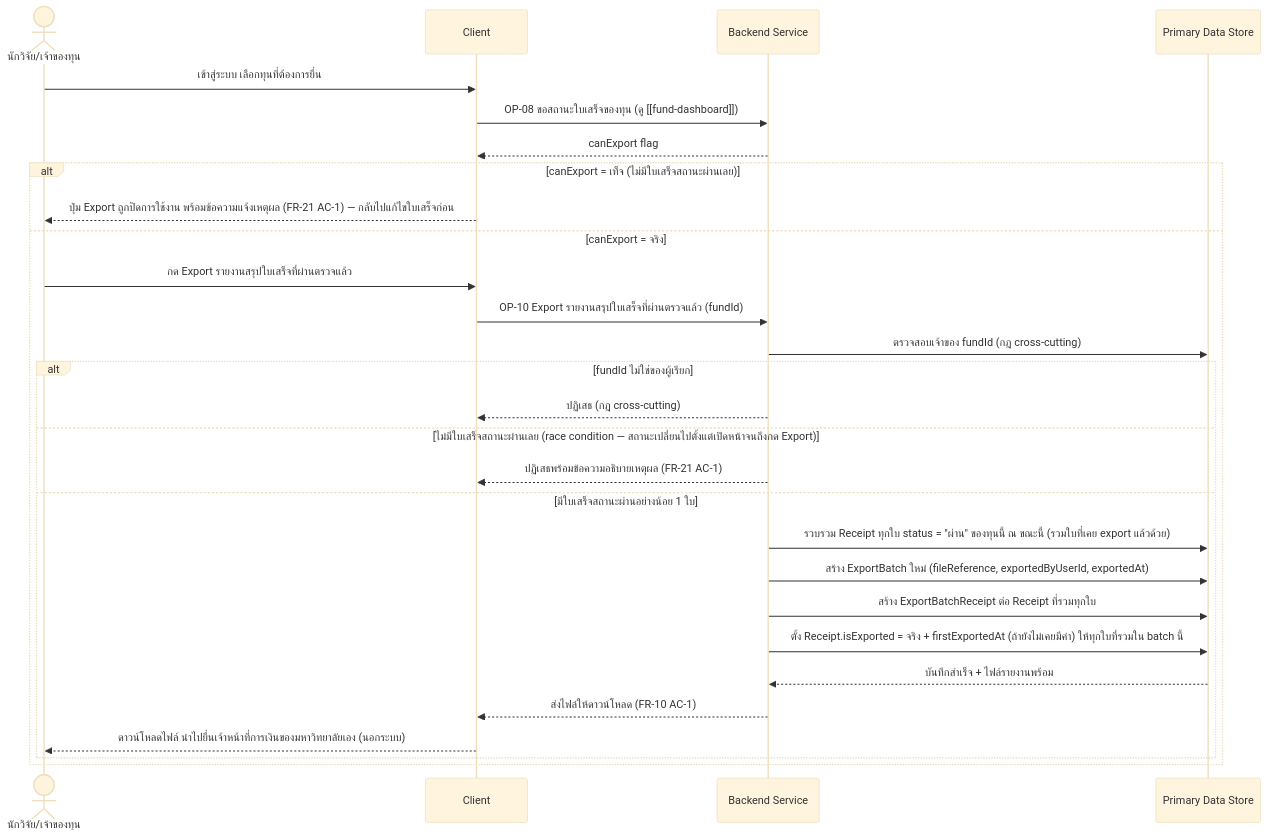
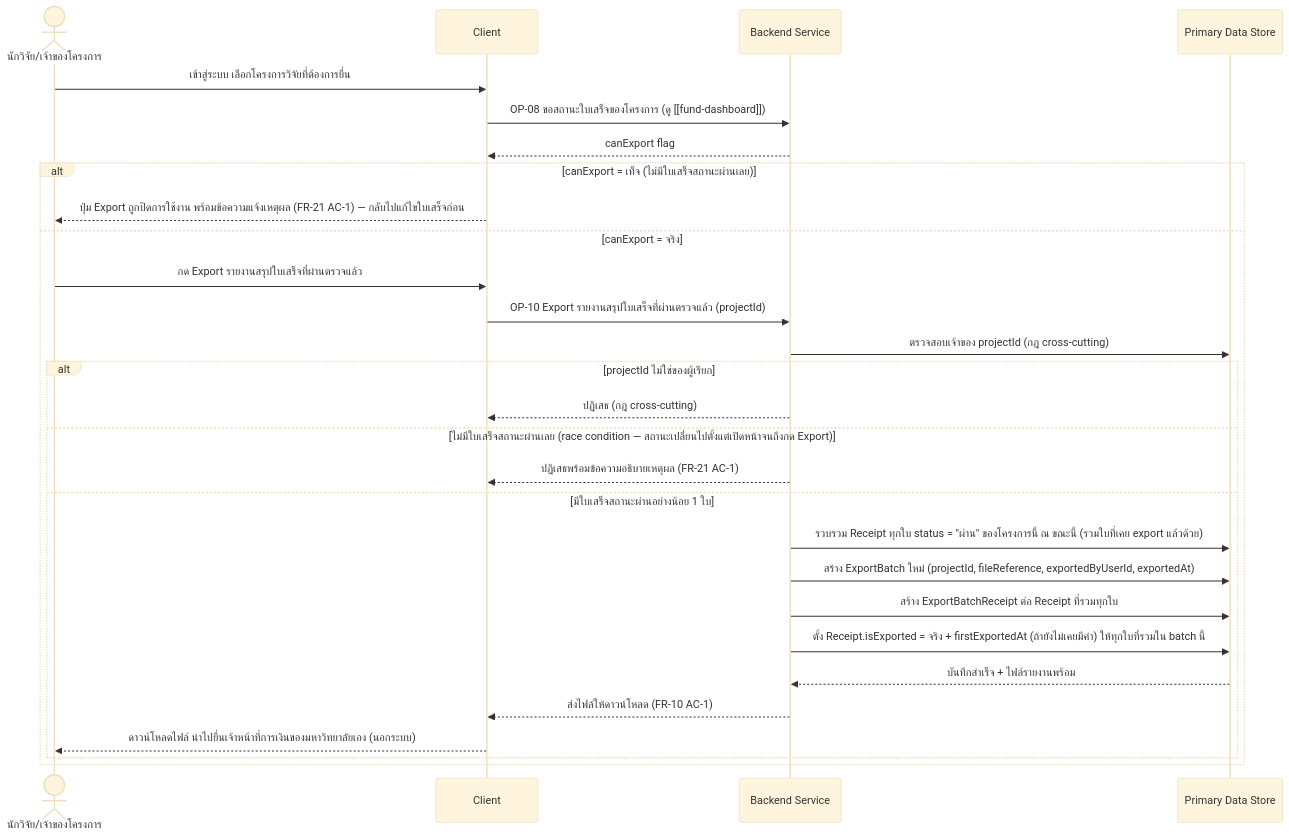
One commit to ptrsswnr/Grant-Receipt-Assistant changed the first of 2 diagrams in docs/02-design/02-technical/detailed-design/export-verified-report.md. Above: the diagram before and after it, drawn with Mermaid (base theme). The commit also changed other lines of this file and 18 other files, not shown here.

First line of the commit message:
Cascade FundSource/Project split through technical design

````diff
--- a/docs/02-design/02-technical/detailed-design/export-verified-report.md
+++ b/docs/02-design/02-technical/detailed-design/export-verified-report.md
@@ -25,31 +31,31 @@
 ```mermaid
 sequenceDiagram
-    actor R as นักวิจัย/เจ้าของทุน
+    actor R as นักวิจัย/เจ้าของโครงการ
     participant C as Client
     participant B as Backend Service
     participant DS as Primary Data Store
 
-    R->>C: เข้าสู่ระบบ เลือกทุนที่ต้องการยื่น
-    C->>B: OP-08 ขอสถานะใบเสร็จของทุน (ดู [[fund-dashboard]])
+    R->>C: เข้าสู่ระบบ เลือกโครงการวิจัยที่ต้องการยื่น
+    C->>B: OP-08 ขอสถานะใบเสร็จของโครงการ (ดู [[fund-dashboard]])
     B-->>C: canExport flag
     alt canExport = เท็จ (ไม่มีใบเสร็จสถานะผ่านเลย)
         C-->>R: ปุ่ม Export ถูกปิดการใช้งาน พร้อมข้อความแจ้งเหตุผล (FR-21 AC-1) — กลับไปแก้ไขใบเสร็จก่อน
     else canExport = จริง
         R->>C: กด Export รายงานสรุปใบเสร็จที่ผ่านตรวจแล้ว
-        C->>B: OP-10 Export รายงานสรุปใบเสร็จที่ผ่านตรวจแล้ว (fundId)
-        B->>DS: ตรวจสอบเจ้าของ fundId (กฎ cross-cutting)
-        alt fundId ไม่ใช่ของผู้เรียก
+        C->>B: OP-10 Export รายงานสรุปใบเสร็จที่ผ่านตรวจแล้ว (projectId)
+        B->>DS: ตรวจสอบเจ้าของ projectId (กฎ cross-cutting)
+        alt projectId ไม่ใช่ของผู้เรียก
             B-->>C: ปฏิเสธ (กฎ cross-cutting)
         else ไม่มีใบเสร็จสถานะผ่านเลย (race condition — สถานะเปลี่ยนไปตั้งแต่เปิดหน้าจนถึงกด Export)
             B-->>C: ปฏิเสธพร้อมข้อความอธิบายเหตุผล (FR-21 AC-1)
         else มีใบเสร็จสถานะผ่านอย่างน้อย 1 ใบ
-            B->>DS: รวบรวม Receipt ทุกใบ status = "ผ่าน" ของทุนนี้ ณ ขณะนี้ (รวมใบที่เคย export แล้วด้วย)
-            B->>DS: สร้าง ExportBatch ใหม่ (fileReference, exportedByUserId, exportedAt)
+            B->>DS: รวบรวม Receipt ทุกใบ status = "ผ่าน" ของโครงการนี้ ณ ขณะนี้ (รวมใบที่เคย export แล้วด้วย)
+            B->>DS: สร้าง ExportBatch ใหม่ (projectId, fileReference, exportedByUserId, exportedAt)
             B->>DS: สร้าง ExportBatchReceipt ต่อ Receipt ที่รวมทุกใบ
             B->>DS: ตั้ง Receipt.isExported = จริง + firstExportedAt (ถ้ายังไม่เคยมีค่า) ให้ทุกใบที่รวมใน batch นี้
             DS-->>B: บันทึกสำเร็จ + ไฟล์รายงานพร้อม
             B-->>C: ส่งไฟล์ให้ดาวน์โหลด (FR-10 AC-1)
             C-->>R: ดาวน์โหลดไฟล์ นำไปยื่นเจ้าหน้าที่การเงินของมหาวิทยาลัยเอง (นอกระบบ)
         end
     end
 ```
````
